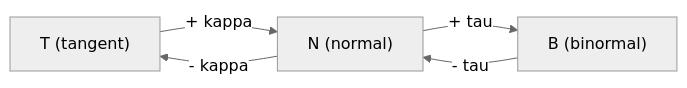
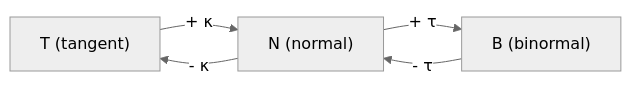
One commit to Aziliz/erudior changed the diagram in content/math/multivariable/lessons/10h1-frenet-serret.md. Above: the diagram before and after it, drawn with Mermaid (neutral theme). The commit also changed 61 other files, not shown here.

````diff
--- a/content/math/multivariable/lessons/10h1-frenet-serret.md
+++ b/content/math/multivariable/lessons/10h1-frenet-serret.md
@@ -71,9 +71,9 @@
 ```mermaid
 flowchart LR
   accTitle: How the Frenet–Serret formulas couple T, N and B
   accDescr: Three boxes, T, N and B. Curvature kappa links T and N in both directions, with a plus sign from T to N and a minus sign from N to T. Torsion tau links N and B in both directions, with a plus sign from N to B and a minus sign from B to N. T and B are not linked directly.
-  T["T (tangent)"] -- "+ kappa" --> N["N (normal)"]
-  N -- "- kappa" --> T
-  N -- "+ tau" --> B["B (binormal)"]
-  B -- "- tau" --> N
+  T["T (tangent)"] -- "+ κ" --> N["N (normal)"]
+  N -- "- κ" --> T
+  N -- "+ τ" --> B["B (binormal)"]
+  B -- "- τ" --> N
 ```
````
